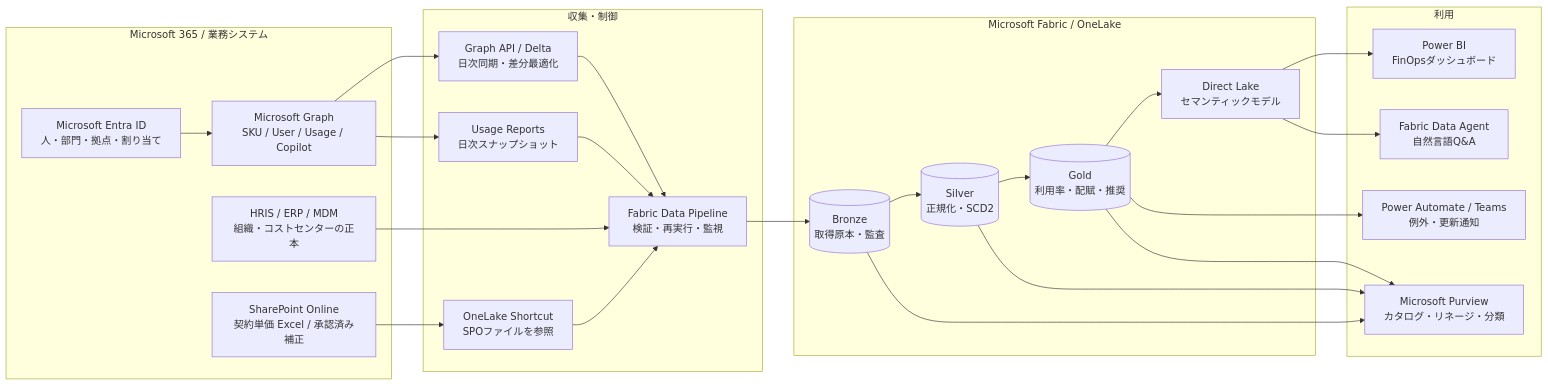
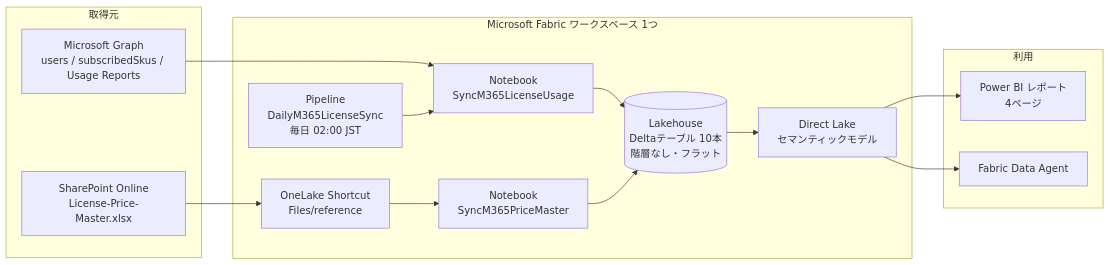
One commit to pcmn1000/m365-license-finops-reference changed the diagram in README.md. Above: the diagram before and after it, drawn with Mermaid. The commit also changed other lines of this file and 5 other files, not shown here.

Commit message:
Document the as-is architecture and separate it from production expansion

````diff
--- a/README.md
+++ b/README.md
@@ -23,43 +27,27 @@
 ```mermaid
 flowchart LR
-    subgraph M365["Microsoft 365 / 業務システム"]
-        ENTRA["Microsoft Entra ID<br/>人・部門・拠点・割り当て"]
-        GRAPH["Microsoft Graph<br/>SKU / User / Usage / Copilot"]
-        HR["HRIS / ERP / MDM<br/>組織・コストセンターの正本"]
-        SPO["SharePoint Online<br/>契約単価 Excel / 承認済み補正"]
+    subgraph SRC["取得元"]
+        GRAPH["Microsoft Graph<br/>users / subscribedSkus / Usage Reports"]
+        SPO["SharePoint Online<br/>License-Price-Master.xlsx"]
     end
 
-    subgraph INGEST["収集・制御"]
-        DELTA["Graph API / Delta<br/>日次同期・差分最適化"]
-        DAILY["Usage Reports<br/>日次スナップショット"]
-        SHORTCUT["OneLake Shortcut<br/>SPOファイルを参照"]
-        PIPE["Fabric Data Pipeline<br/>検証・再実行・監視"]
-    end
-
-    subgraph FABRIC["Microsoft Fabric / OneLake"]
-        BRONZE[("Bronze<br/>取得原本・監査")]
-        SILVER[("Silver<br/>正規化・SCD2")]
-        GOLD[("Gold<br/>利用率・配賦・推奨")]
+    subgraph FABRIC["Microsoft Fabric ワークスペース 1つ"]
+        NB1["Notebook<br/>SyncM365LicenseUsage"]
+        NB2["Notebook<br/>SyncM365PriceMaster"]
+        SC["OneLake Shortcut<br/>Files/reference"]
+        LH[("Lakehouse<br/>Deltaテーブル 10本<br/>階層なし・フラット")]
+        PIPE["Pipeline<br/>DailyM365LicenseSync<br/>毎日 02:00 JST"]
         MODEL["Direct Lake<br/>セマンティックモデル"]
     end
 
-    subgraph CONSUME["利用"]
-        PBI["Power BI<br/>FinOpsダッシュボード"]
-        AGENT["Fabric Data Agent<br/>自然言語Q&A"]
-        ALERT["Power Automate / Teams<br/>例外・更新通知"]
-        PURVIEW["Microsoft Purview<br/>カタログ・リネージ・分類"]
+    subgraph USE["利用"]
+        PBI["Power BI レポート<br/>4ページ"]
+        AGENT["Fabric Data Agent"]
     end
 
-    ENTRA --> GRAPH
-    GRAPH --> DELTA --> PIPE
-    GRAPH --> DAILY --> PIPE
-    HR --> PIPE
-    SPO --> SHORTCUT --> PIPE
-    PIPE --> BRONZE --> SILVER --> GOLD --> MODEL
-    MODEL --> PBI
+    GRAPH --> NB1 --> LH
+    SPO --> SC --> NB2 --> LH
+    PIPE --> NB1
+    LH --> MODEL --> PBI
     MODEL --> AGENT
-    GOLD --> ALERT
-    BRONZE --> PURVIEW
-    SILVER --> PURVIEW
-    GOLD --> PURVIEW
 ```
````
